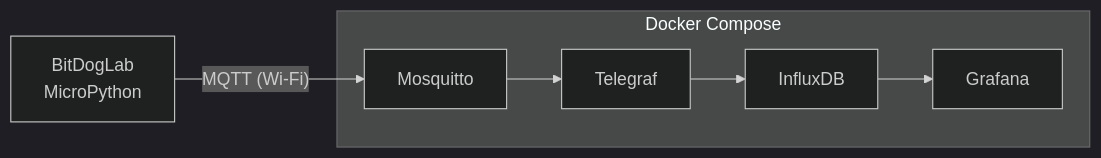
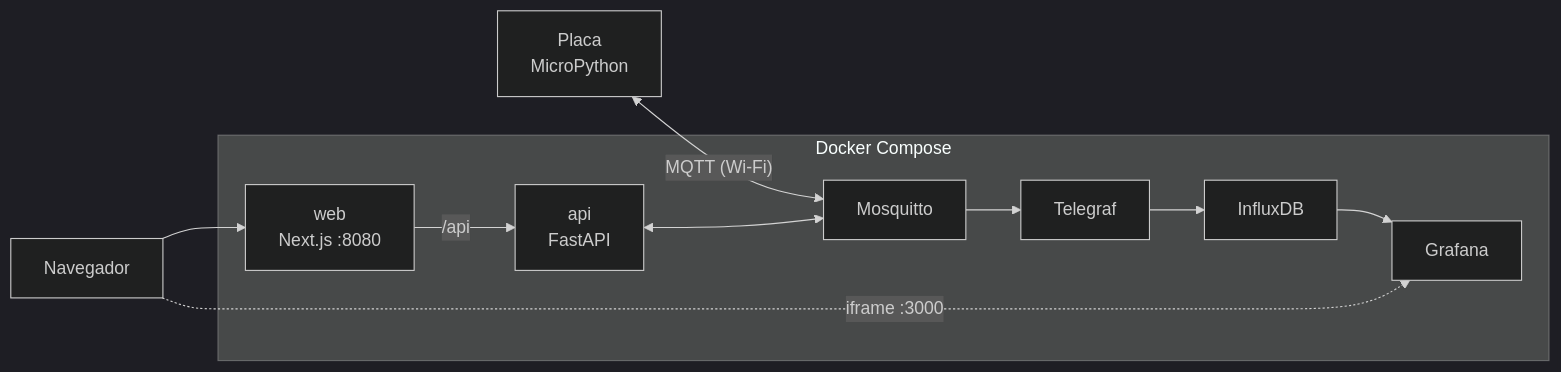
Before and after one commit to Mateus-David/CultivIa: the diagram in README.md, drawn with Mermaid (dark theme). The commit also changed other lines of this file and 57 other files, not shown here.

First line of the commit message:
Adiciona API FastAPI e site Next.js com login e controle dos atuadores

````diff
--- a/README.md
+++ b/README.md
@@ -8,7 +9,11 @@
 ```mermaid
 flowchart LR
-    Pico["BitDogLab<br/>MicroPython"] -- "MQTT (Wi-Fi)" --> Mosquitto
+    Placa["Placa<br/>MicroPython"] <-- "MQTT (Wi-Fi)" --> Mosquitto
     subgraph Docker Compose
         Mosquitto --> Telegraf --> InfluxDB --> Grafana
+        Web["web<br/>Next.js :8080"] -- "/api" --> API["api<br/>FastAPI"]
+        API <--> Mosquitto
     end
+    Navegador --> Web
+    Navegador -. "iframe :3000" .-> Grafana
 ```
````
